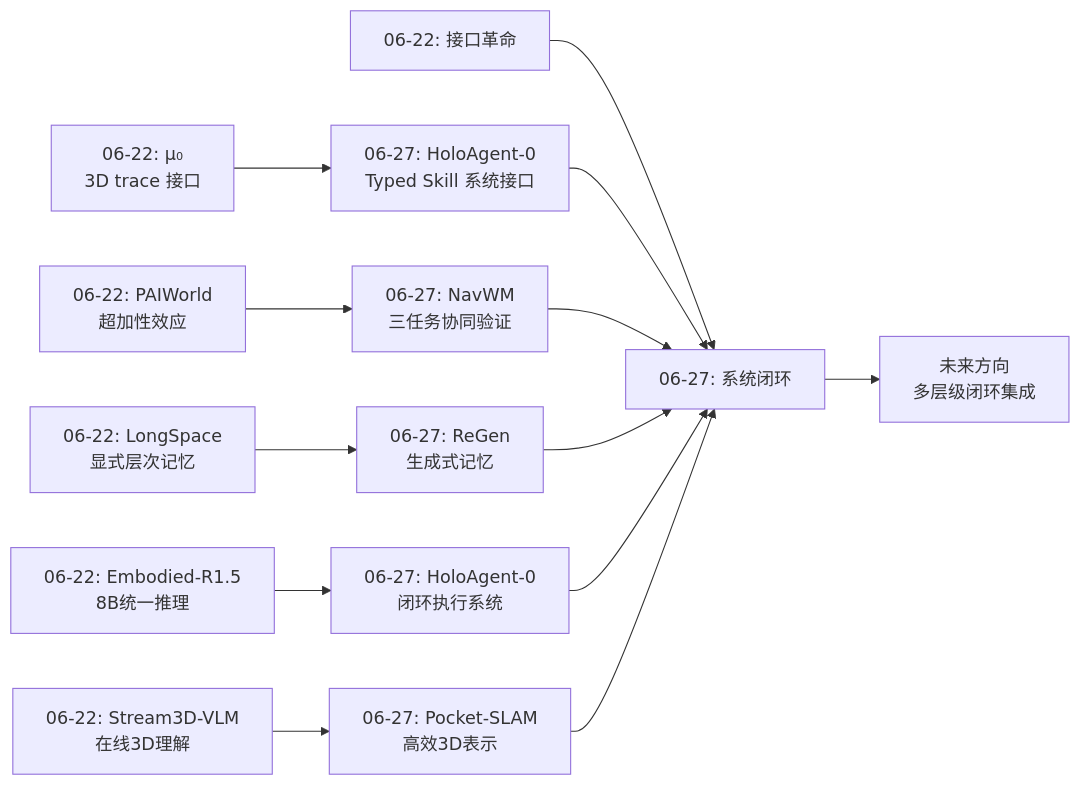
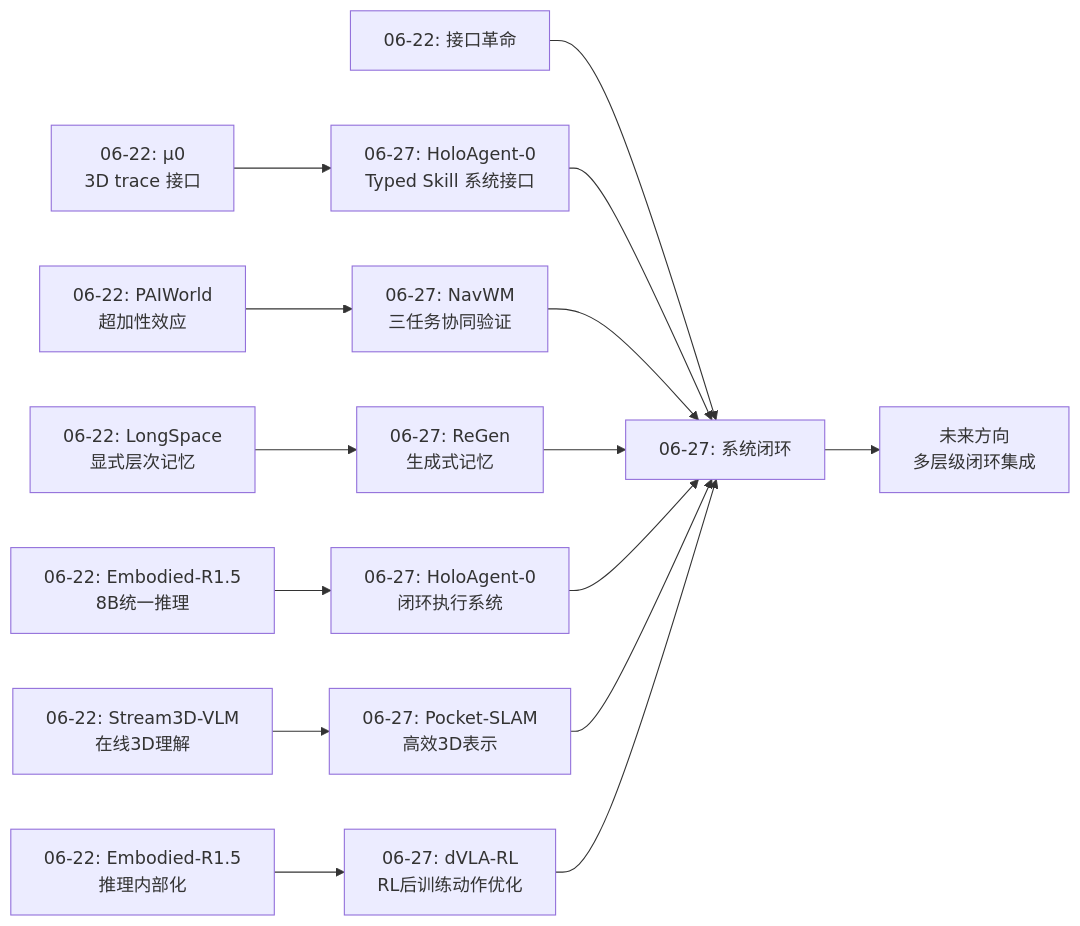
The second of 5 diagrams in daily_thinking/2026-06-27.md (ahangchen/spatial_agi), drawn with Mermaid before and after one commit. The commit also changed other lines of this file, not shown here.

Commit message:
feat: integrate dVLA-RL as 5th paper into 2026-06-27 daily thinking

````diff
--- a/daily_thinking/2026-06-27.md
+++ b/daily_thinking/2026-06-27.md
@@ -196,15 +222,17 @@
 ```mermaid
 graph LR
-    A["06-22: μ₀<br/>3D trace 接口"] --> B["06-27: HoloAgent-0<br/>Typed Skill 系统接口"]
+    A["06-22: μ0<br/>3D trace 接口"] --> B["06-27: HoloAgent-0<br/>Typed Skill 系统接口"]
     C["06-22: PAIWorld<br/>超加性效应"] --> D["06-27: NavWM<br/>三任务协同验证"]
     E["06-22: LongSpace<br/>显式层次记忆"] --> F["06-27: ReGen<br/>生成式记忆"]
     G["06-22: Embodied-R1.5<br/>8B统一推理"] --> H["06-27: HoloAgent-0<br/>闭环执行系统"]
     I["06-22: Stream3D-VLM<br/>在线3D理解"] --> J["06-27: Pocket-SLAM<br/>高效3D表示"]
+    N["06-22: Embodied-R1.5<br/>推理内部化"] --> O["06-27: dVLA-RL<br/>RL后训练动作优化"]
     K["06-22: 接口革命"] --> L["06-27: 系统闭环"]
     B --> L
     D --> L
     F --> L
     H --> L
     J --> L
+    O --> L
     L --> M["未来方向<br/>多层级闭环集成"]
 ```
````
